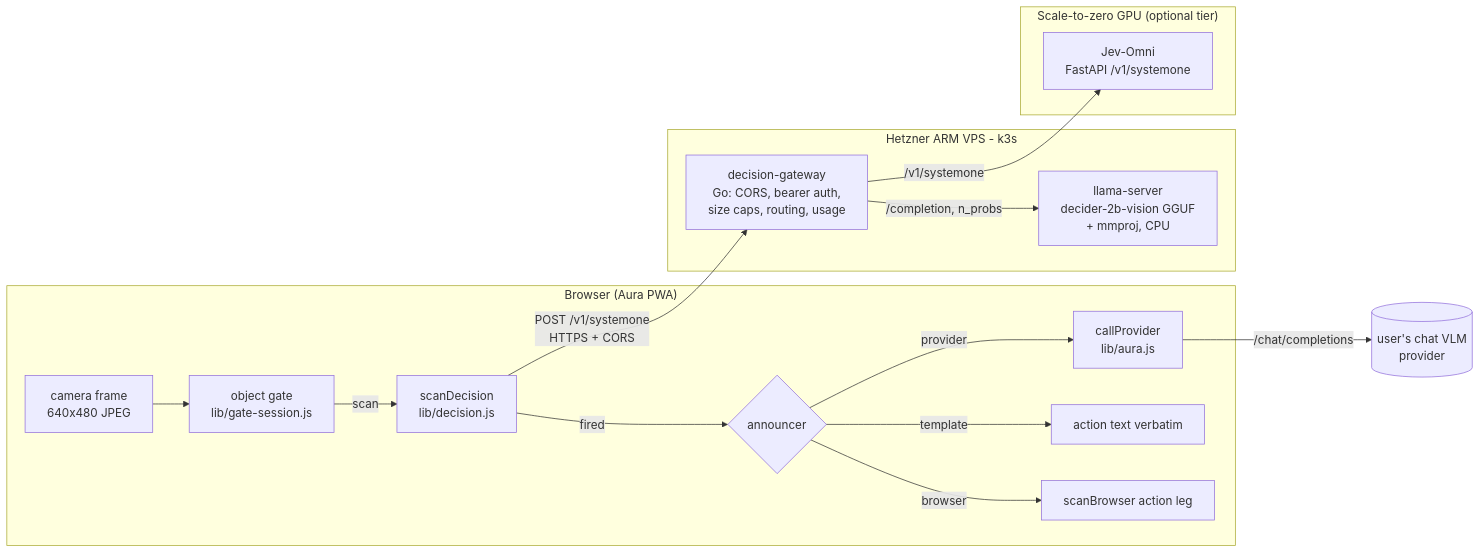
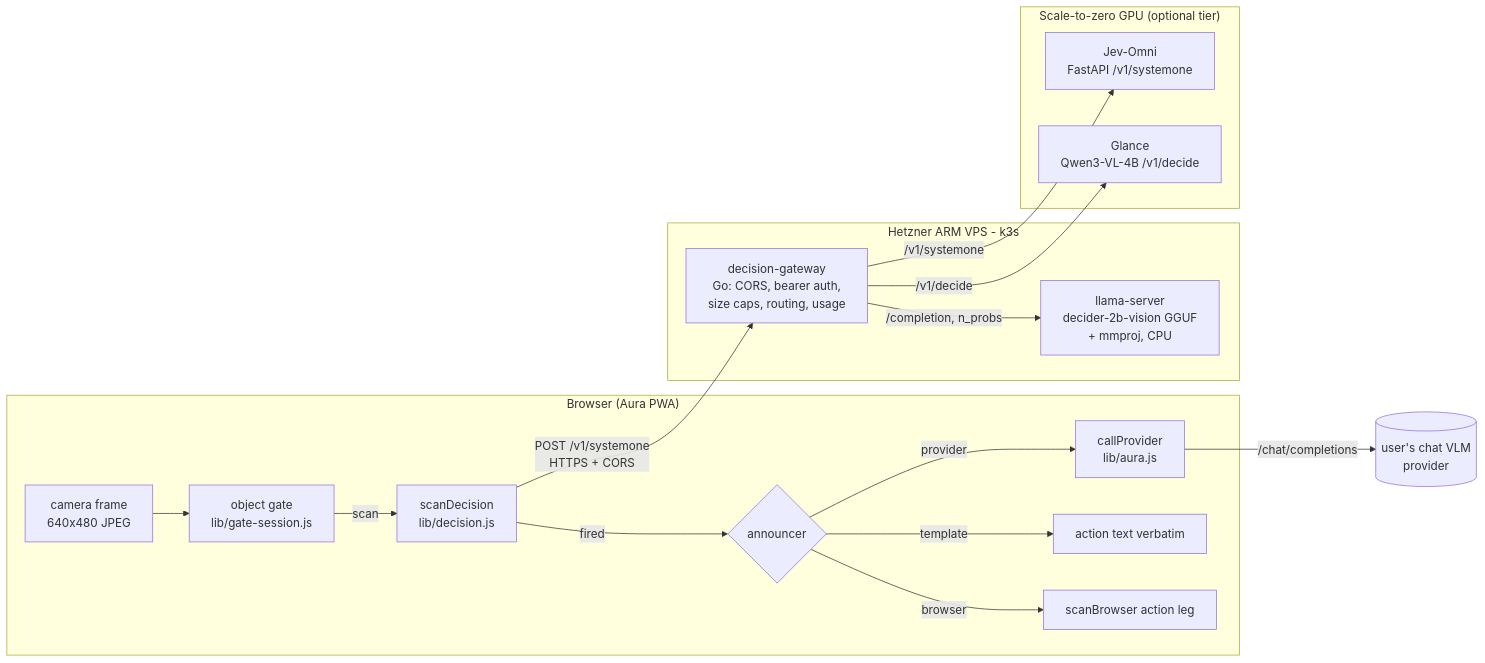
Before and after one commit to barakplasma/Aura: the first of 2 diagrams in docs/PRD-decision-engine.md, drawn with Mermaid. The commit also changed other lines of this file, not shown here.

First line of the commit message:
docs(prd): fold Glance and Glance Speedlab into the DECISION engine design

````diff
--- a/docs/PRD-decision-engine.md
+++ b/docs/PRD-decision-engine.md
@@ -99,25 +143,27 @@
 ```mermaid
 flowchart LR
   subgraph Phone["Browser (Aura PWA)"]
     CAM[camera frame<br/>640x480 JPEG] --> GATE[object gate<br/>lib/gate-session.js]
     GATE -->|scan| DEC[scanDecision<br/>lib/decision.js]
     DEC -->|fired| ANN{announcer}
     ANN -->|provider| PROV[callProvider<br/>lib/aura.js]
     ANN -->|template| TPL[action text verbatim]
     ANN -->|browser| BRW[scanBrowser action leg]
   end
 
   subgraph K3s["Hetzner ARM VPS - k3s"]
     GW[decision-gateway<br/>Go: CORS, bearer auth,<br/>size caps, routing, usage]
     LS[llama-server<br/>decider-2b-vision GGUF<br/>+ mmproj, CPU]
   end
 
   subgraph GPU["Scale-to-zero GPU (optional tier)"]
     JO[Jev-Omni<br/>FastAPI /v1/systemone]
+    GL[Glance<br/>Qwen3-VL-4B /v1/decide]
   end
 
   DEC -- "POST /v1/systemone<br/>HTTPS + CORS" --> GW
   GW -- "/completion, n_probs" --> LS
   GW -- "/v1/systemone" --> JO
+  GW -- "/v1/decide" --> GL
   PROV -- "/chat/completions" --> CLOUD[(user's chat VLM<br/>provider)]
 ```
````
